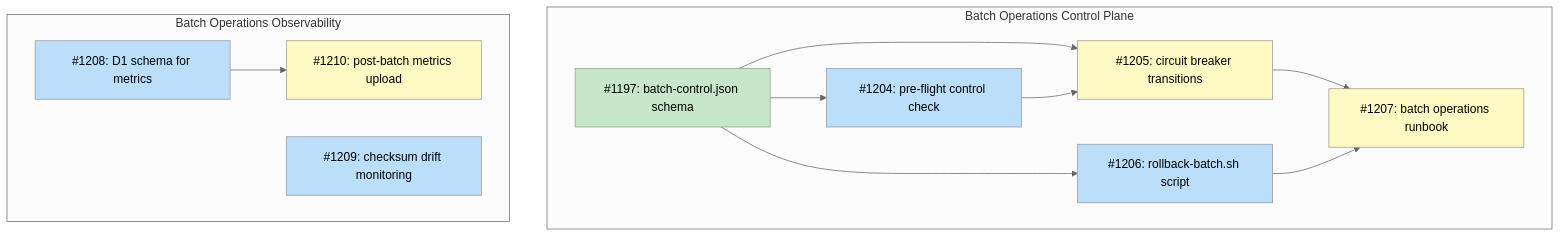
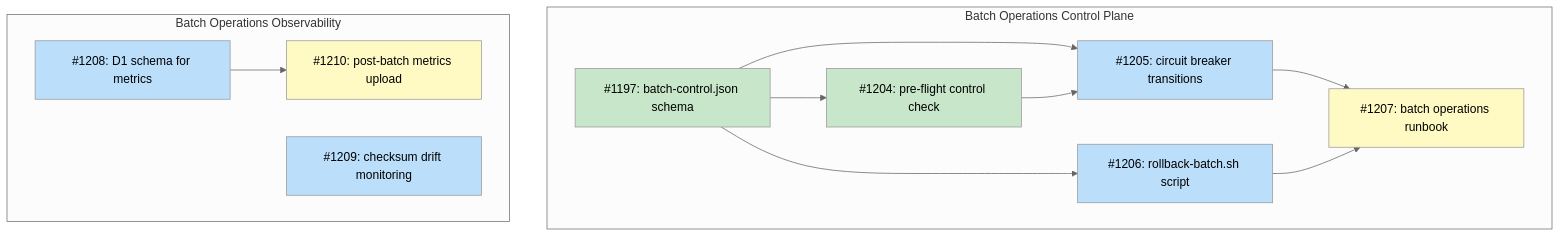
One commit to tsukumogami/tsuku changed the diagram in docs/designs/DESIGN-batch-operations.md. Above: the diagram before and after it, drawn with Mermaid (neutral theme). The commit also changed other lines of this file and 1 other file, not shown here.

Commit message:
feat(ci): add pre-flight control file check to batch workflow (#1221)
Add batch-operations.yml workflow with a pre-flight job that reads
batch-control.json before allowing downstream batch processing to
proceed. When the control file's `enabled` field is `false`, the job
outputs `can_proceed=false` and downstream jobs are skipped. The job
always exits successfully so it doesn't appear as a CI failure when
batch processing is intentionally paused.

````diff
--- a/docs/designs/DESIGN-batch-operations.md
+++ b/docs/designs/DESIGN-batch-operations.md
@@ -36,34 +36,34 @@
 ```mermaid
 graph TD
     subgraph ControlPlane["Batch Operations Control Plane"]
         I1197["#1197: batch-control.json schema"]
         I1204["#1204: pre-flight control check"]
         I1205["#1205: circuit breaker transitions"]
         I1206["#1206: rollback-batch.sh script"]
         I1207["#1207: batch operations runbook"]
     end
 
     subgraph Observability["Batch Operations Observability"]
         I1208["#1208: D1 schema for metrics"]
         I1209["#1209: checksum drift monitoring"]
         I1210["#1210: post-batch metrics upload"]
     end
 
     I1197 --> I1204
     I1197 --> I1205
     I1197 --> I1206
     I1204 --> I1205
     I1205 --> I1207
     I1206 --> I1207
     I1208 --> I1210
 
     classDef done fill:#c8e6c9
     classDef ready fill:#bbdefb
     classDef blocked fill:#fff9c4
     classDef needsDesign fill:#e1bee7
 
-    class I1197 done
+    class I1197,I1204 done
     class I1208,I1209 ready
-    class I1204,I1206 ready
-    class I1205,I1207,I1210 blocked
+    class I1205,I1206 ready
+    class I1207,I1210 blocked
 ```
````
